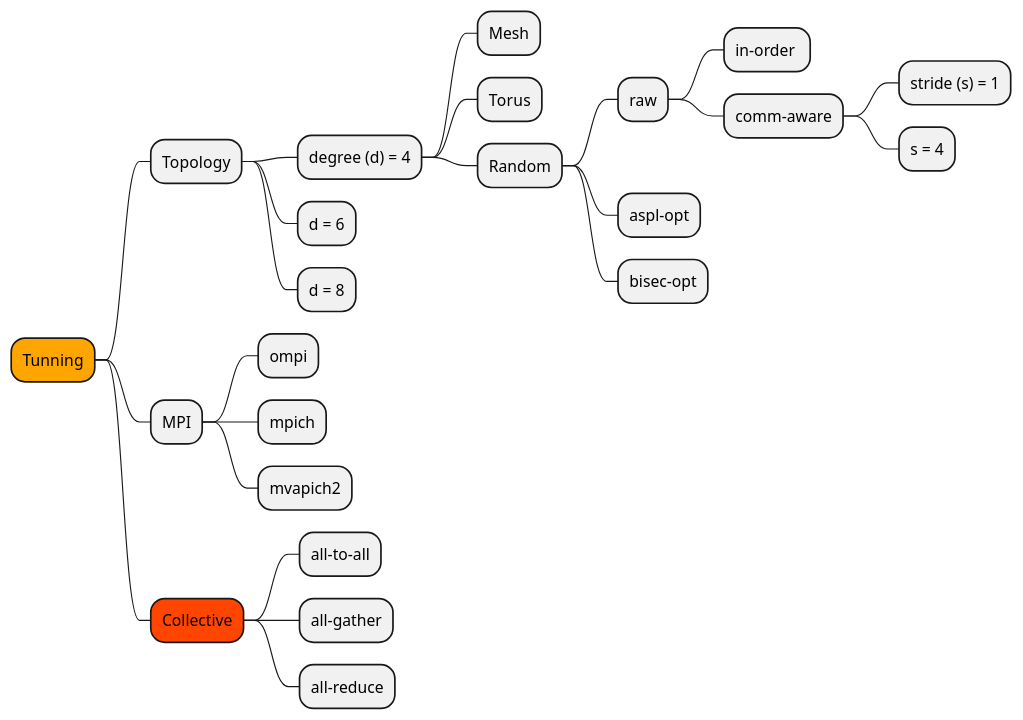
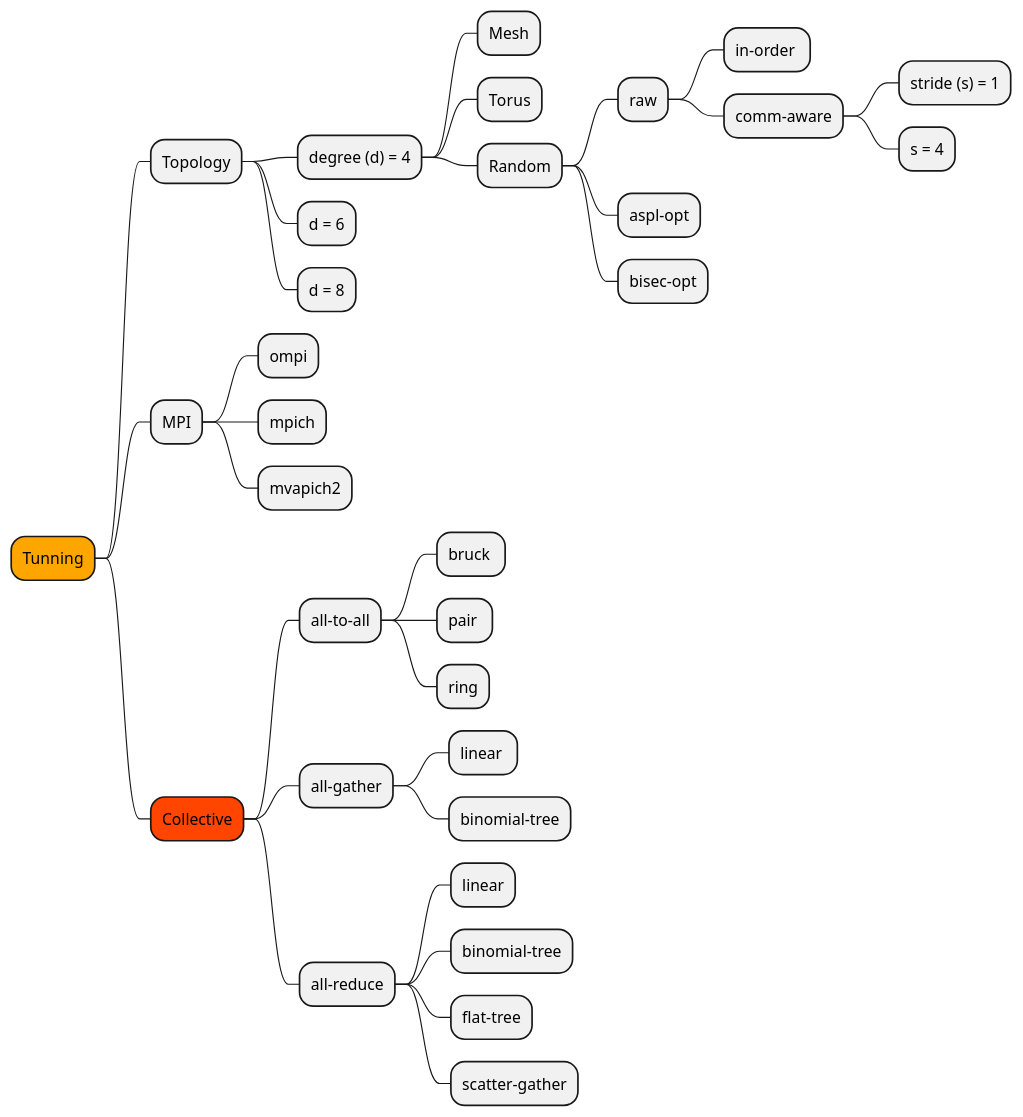
The diagram in 211014-fujitsu/opentuner/tunning.puml (smallcat9603/simgrid), drawn with PlantUML before and after one commit.

```diff
--- a/211014-fujitsu/opentuner/tunning.puml
+++ b/211014-fujitsu/opentuner/tunning.puml
@@ -1,25 +1,34 @@
 @startmindmap
 *[#orange] Tunning
 ** Topology
 *** degree (d) = 4
 **** Mesh
 **** Torus
 **** Random
 ***** raw
 ****** in-order 
 ****** comm-aware
 ******* stride (s) = 1
 ******* s = 4
 ***** aspl-opt
 ***** bisec-opt
 *** d = 6
 *** d = 8
 ** MPI
 *** ompi
 *** mpich
 *** mvapich2
 **[#OrangeRed] Collective
 *** all-to-all
+**** bruck 
+**** pair 
+**** ring
 *** all-gather
+**** linear 
+**** binomial-tree
 *** all-reduce
+**** linear
+**** binomial-tree
+**** flat-tree
+**** scatter-gather
 @endmindmap
```
